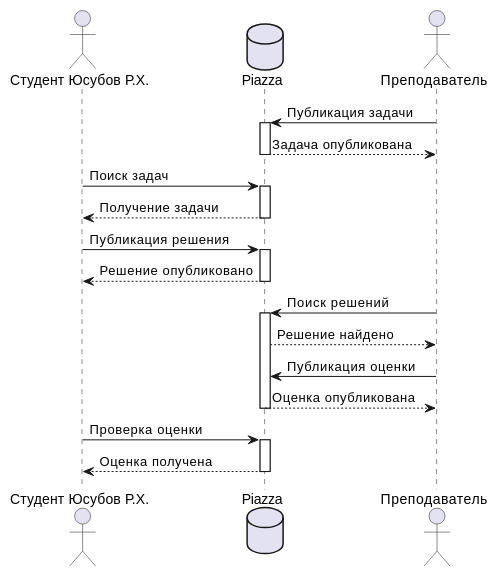
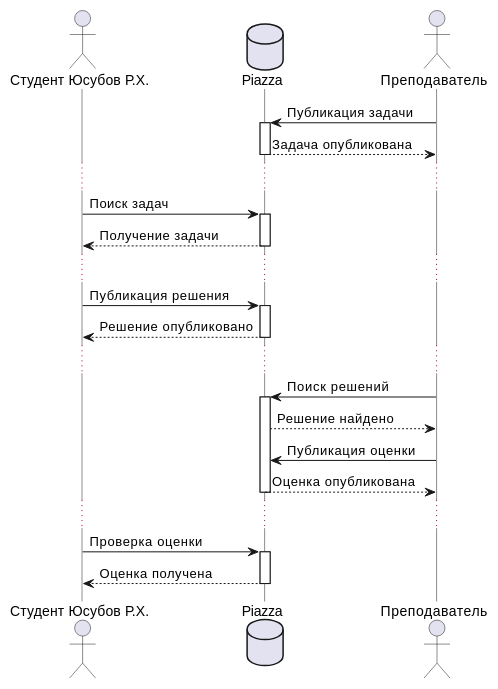
The diagram in pract7/pract7.md (rashid-yusubov/configuration-management), drawn with PlantUML before and after one commit. The commit also changed other lines of this file, not shown here.

````diff
--- a/pract7/pract7.md
+++ b/pract7/pract7.md
@@ -49,35 +49,35 @@
 ```PlantUML
 @startuml
+skinparam lifelineStrategy nosolid
 actor "Студент Юсубов Р.Х." as S
 database Piazza as P
 actor Преподаватель as T
 
 T -> P : Публикация задачи
 activate P
 P --> T : Задача опубликована
 deactivate P
-
+...
 S -> P : Поиск задач
 activate P
 P --> S : Получение задачи
 deactivate P
-
+...
 S -> P : Публикация решения
 activate P
 P --> S : Решение опубликовано
 deactivate P
-
+...
 T -> P : Поиск решений
 activate P
 P --> T : Решение найдено
 T -> P : Публикация оценки
 P --> T : Оценка опубликована
 deactivate P
-
+...
 S -> P : Проверка оценки
 activate P
 P --> S : Оценка получена
 deactivate P
-
 @enduml
 ```
````
